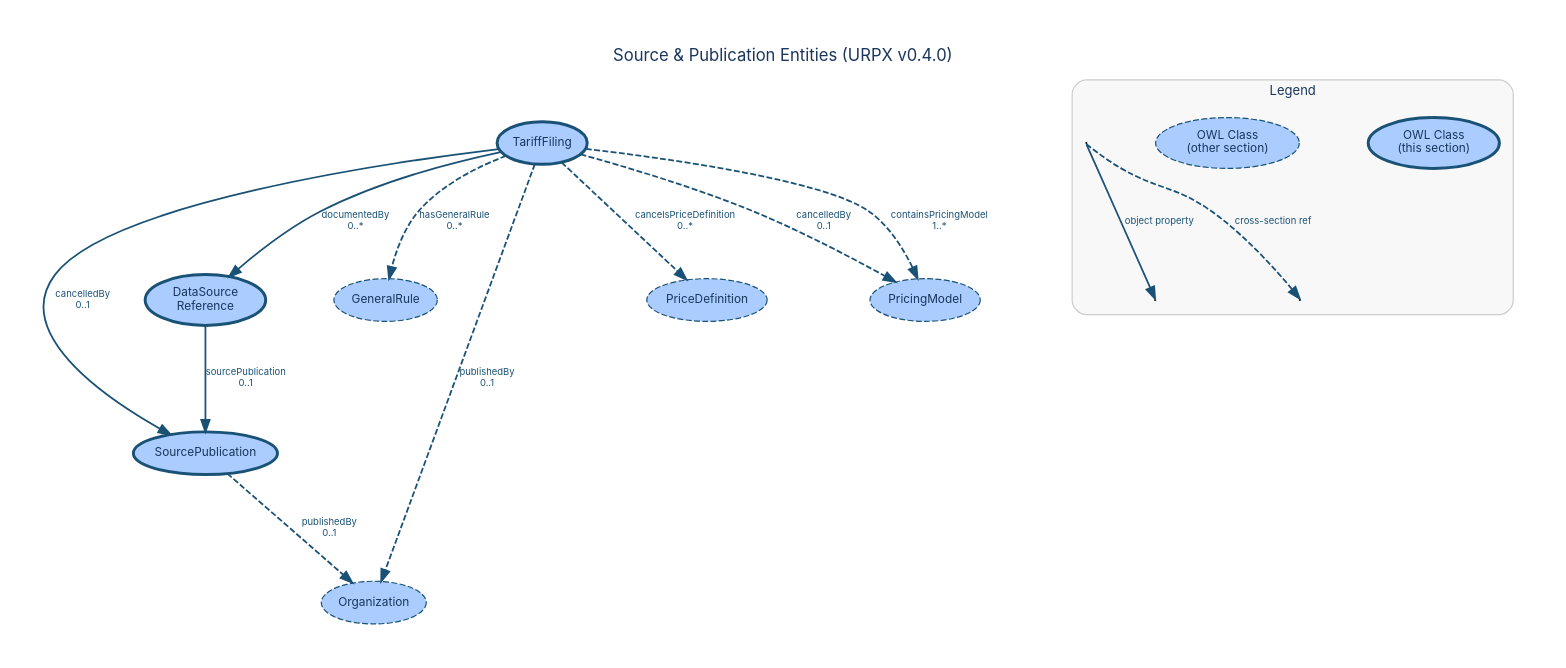
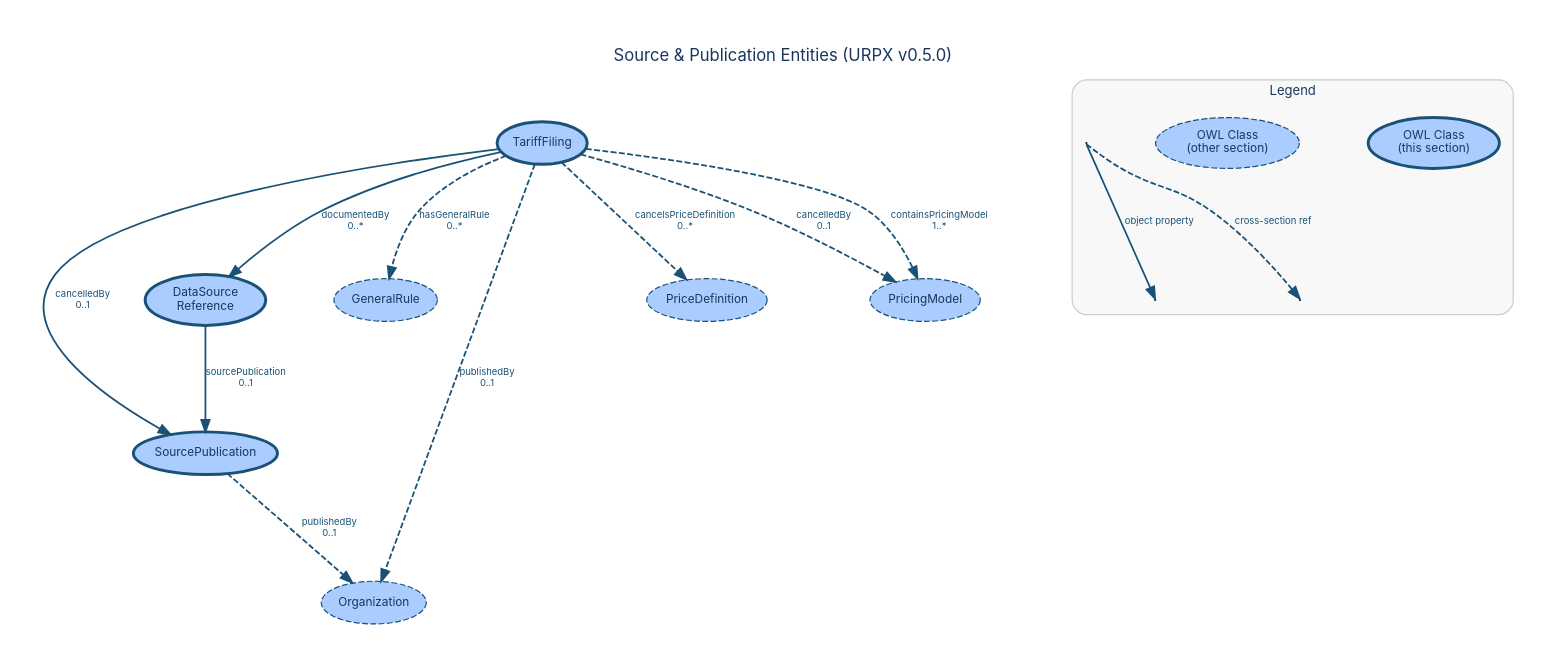
Before and after one commit to urpx-org/urpx: the diagram in documentation/diagrams/dictionary/source-publication-entities.dot, drawn with Graphviz. The commit also changed 28 other files, not shown here.

```diff
--- a/documentation/diagrams/dictionary/source-publication-entities.dot
+++ b/documentation/diagrams/dictionary/source-publication-entities.dot
@@ -1,95 +1,95 @@
 digraph "Source & Publication Entities" {
     rankdir=TB;
     bgcolor="white";
     pad=0.4;
     nodesep=0.8;
     ranksep=1.0;
     start=42;
     fontname="Inter, Helvetica, Arial, sans-serif";
-    label="Source & Publication Entities (URPX v0.4.0)";
+    label="Source & Publication Entities (URPX v0.5.0)";
     labelloc="t";
     fontsize=14;
     fontcolor="#1a365d";
     node [fontname="Inter, Helvetica, Arial, sans-serif", fontsize=10, style=filled, fontcolor="#1a365d"];
     edge [fontname="Inter, Helvetica, Arial, sans-serif", fontsize=8, fontcolor="#1a365d"];
 
     // Section classes
     SourcePublication [
         label="SourcePublication"
         shape=ellipse, fillcolor="#aaccff", color="#1a5276", penwidth=2.5
     ];
     TariffFiling [
         label="TariffFiling"
         shape=ellipse, fillcolor="#aaccff", color="#1a5276", penwidth=2.5
     ];
     DataSourceReference [
         label="DataSource\nReference"
         shape=ellipse, fillcolor="#aaccff", color="#1a5276", penwidth=2.5
     ];
 
     // Cross-section references
     GeneralRule [
         label="GeneralRule"
         shape=ellipse, fillcolor="#aaccff", color="#1a5276", penwidth=1, style="filled,dashed"
     ];
     Organization [
         label="Organization"
         shape=ellipse, fillcolor="#aaccff", color="#1a5276", penwidth=1, style="filled,dashed"
     ];
     PriceDefinition [
         label="PriceDefinition"
         shape=ellipse, fillcolor="#aaccff", color="#1a5276", penwidth=1, style="filled,dashed"
     ];
     PricingModel [
         label="PricingModel"
         shape=ellipse, fillcolor="#aaccff", color="#1a5276", penwidth=1, style="filled,dashed"
     ];
 
     // Object property edges
     SourcePublication -> Organization [
         label="publishedBy\n0..1", style=dashed, color="#1a5276", fontcolor="#1a5276", penwidth=1.5
     ];
     TariffFiling -> PricingModel [
         label="cancelledBy\n0..1", style=dashed, color="#1a5276", fontcolor="#1a5276", penwidth=1.5
     ];
     TariffFiling -> SourcePublication [
         label="cancelledBy\n0..1", color="#1a5276", fontcolor="#1a5276", penwidth=1.5
     ];
     TariffFiling -> PriceDefinition [
         label="cancelsPriceDefinition\n0..*", style=dashed, color="#1a5276", fontcolor="#1a5276", penwidth=1.5
     ];
     TariffFiling -> PricingModel [
         label="containsPricingModel\n1..*", style=dashed, color="#1a5276", fontcolor="#1a5276", penwidth=1.5
     ];
     TariffFiling -> DataSourceReference [
         label="documentedBy\n0..*", color="#1a5276", fontcolor="#1a5276", penwidth=1.5
     ];
     TariffFiling -> GeneralRule [
         label="hasGeneralRule\n0..*", style=dashed, color="#1a5276", fontcolor="#1a5276", penwidth=1.5
     ];
     TariffFiling -> Organization [
         label="publishedBy\n0..1", style=dashed, color="#1a5276", fontcolor="#1a5276", penwidth=1.5
     ];
     DataSourceReference -> SourcePublication [
         label="sourcePublication\n0..1", color="#1a5276", fontcolor="#1a5276", penwidth=1.5
     ];
 
     subgraph cluster_legend {
         label="Legend";
         fontname="Inter, Helvetica, Arial, sans-serif";
         fontsize=11;
         fontcolor="#1a365d";
         style=rounded;
         color="#cccccc";
         bgcolor="#f8f8f8";
         margin=12;
 
         leg_class [label="OWL Class\n(this section)", shape=ellipse, fillcolor="#aaccff", color="#1a5276", penwidth=2.5];
         leg_xref [label="OWL Class\n(other section)", shape=ellipse, fillcolor="#aaccff", color="#1a5276", penwidth=1, style="filled,dashed"];
         leg_src [label=" ", shape=point, width=0.01];
         leg_tgt1 [label=" ", shape=point, width=0.01];
         leg_src -> leg_tgt1 [label="object property", color="#1a5276", fontcolor="#1a5276", penwidth=1.5];
         leg_tgt2 [label=" ", shape=point, width=0.01];
         leg_src -> leg_tgt2 [label="cross-section ref", style=dashed, color="#1a5276", fontcolor="#1a5276", penwidth=1.5];
     }
 }
```
